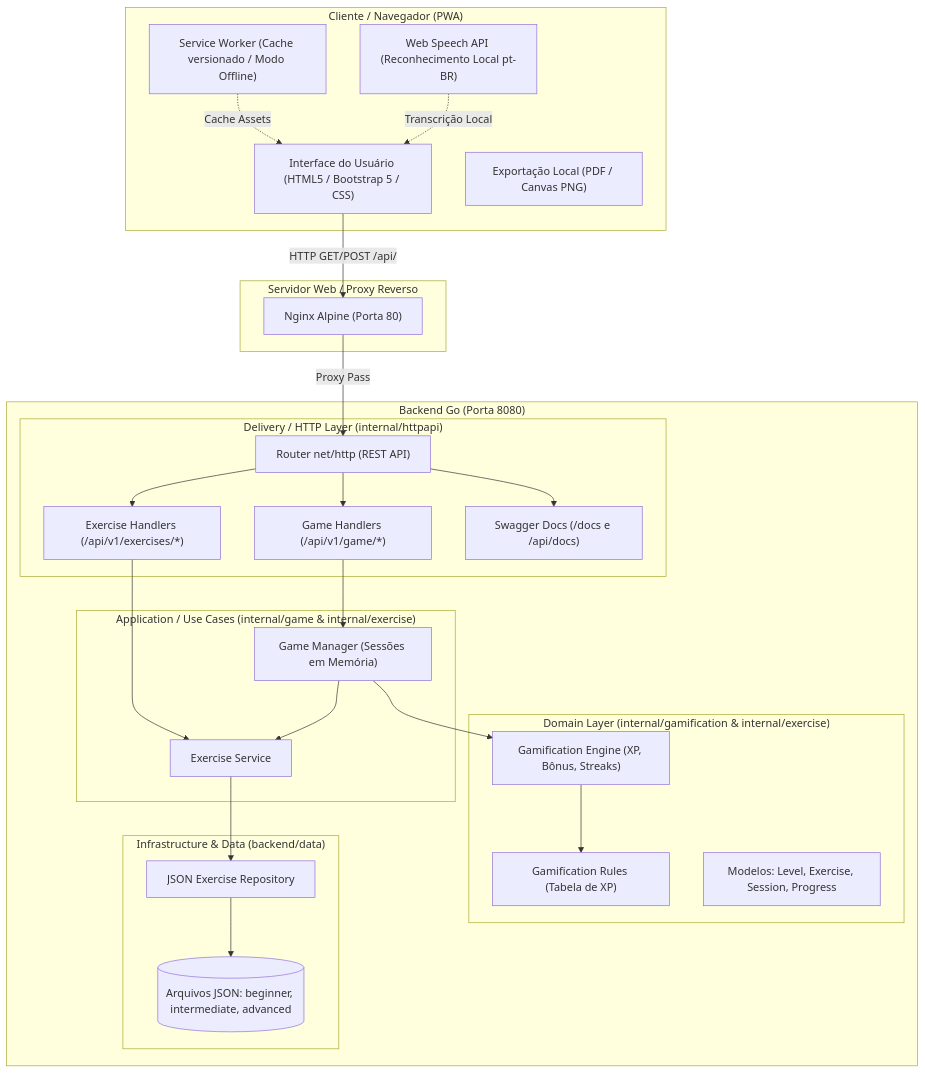
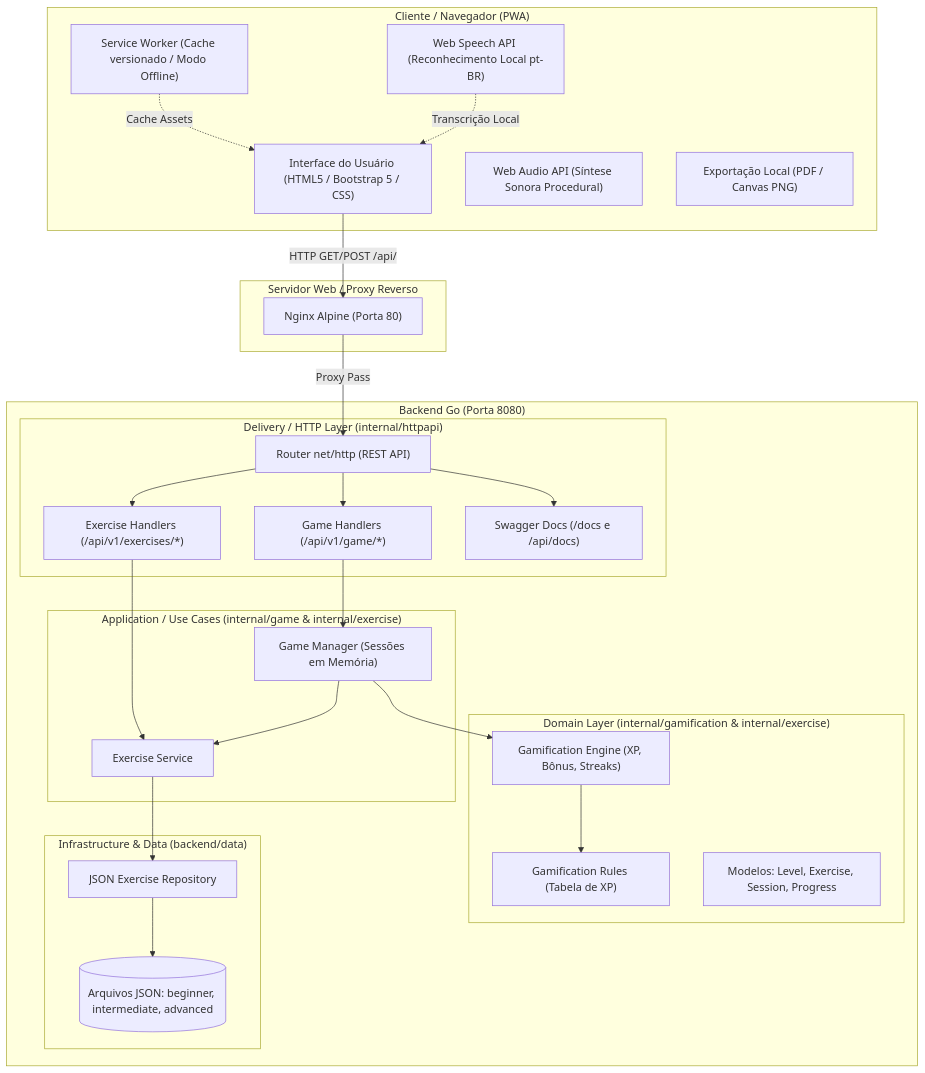
The first of 2 diagrams in docs/architecture.md (themarcosramos/falaeh), drawn with Mermaid before and after one commit. The commit also changed other lines of this file and 5 other files, not shown here.

````diff
--- a/docs/architecture.md
+++ b/docs/architecture.md
@@ -24,57 +24,58 @@
 ```mermaid
 flowchart TB
     subgraph Client["Cliente / Navegador (PWA)"]
         UI["Interface do Usuário (HTML5 / Bootstrap 5 / CSS)"]
         Speech["Web Speech API (Reconhecimento Local pt-BR)"]
+        Audio["Web Audio API (Síntese Sonora Procedural)"]
         SW["Service Worker (Cache versionado / Modo Offline)"]
         ReportClient["Exportação Local (PDF / Canvas PNG)"]
     end
 
     subgraph ReverseProxy["Servidor Web / Proxy Reverso"]
         Nginx["Nginx Alpine (Porta 80)"]
     end
 
     subgraph Backend["Backend Go (Porta 8080)"]
         subgraph Delivery["Delivery / HTTP Layer (internal/httpapi)"]
             Router["Router net/http (REST API)"]
             GameHandler["Game Handlers (/api/v1/game/*)"]
             ExerciseHandler["Exercise Handlers (/api/v1/exercises/*)"]
             DocsHandler["Swagger Docs (/docs e /api/docs)"]
         end
 
         subgraph Application["Application / Use Cases (internal/game & internal/exercise)"]
             GameManager["Game Manager (Sessões em Memória)"]
             ExerciseService["Exercise Service"]
         end
 
         subgraph Domain["Domain Layer (internal/gamification & internal/exercise)"]
             GamificationEngine["Gamification Engine (XP, Bônus, Streaks)"]
             Rules["Gamification Rules (Tabela de XP)"]
             DomainModels["Modelos: Level, Exercise, Session, Progress"]
         end
 
         subgraph Infrastructure["Infrastructure & Data (backend/data)"]
             JSONRepo["JSON Exercise Repository"]
             DataFiles[("Arquivos JSON: beginner, intermediate, advanced")]
         end
     end
 
     UI -->|HTTP GET/POST /api/| Nginx
     Nginx -->|Proxy Pass| Router
     SW -.->|Cache Assets| UI
     Speech -.->|Transcrição Local| UI
 
     Router --> GameHandler
     Router --> ExerciseHandler
     Router --> DocsHandler
 
     GameHandler --> GameManager
     ExerciseHandler --> ExerciseService
 
     GameManager --> ExerciseService
     GameManager --> GamificationEngine
     GamificationEngine --> Rules
 
     ExerciseService --> JSONRepo
     JSONRepo --> DataFiles
 ```
````
